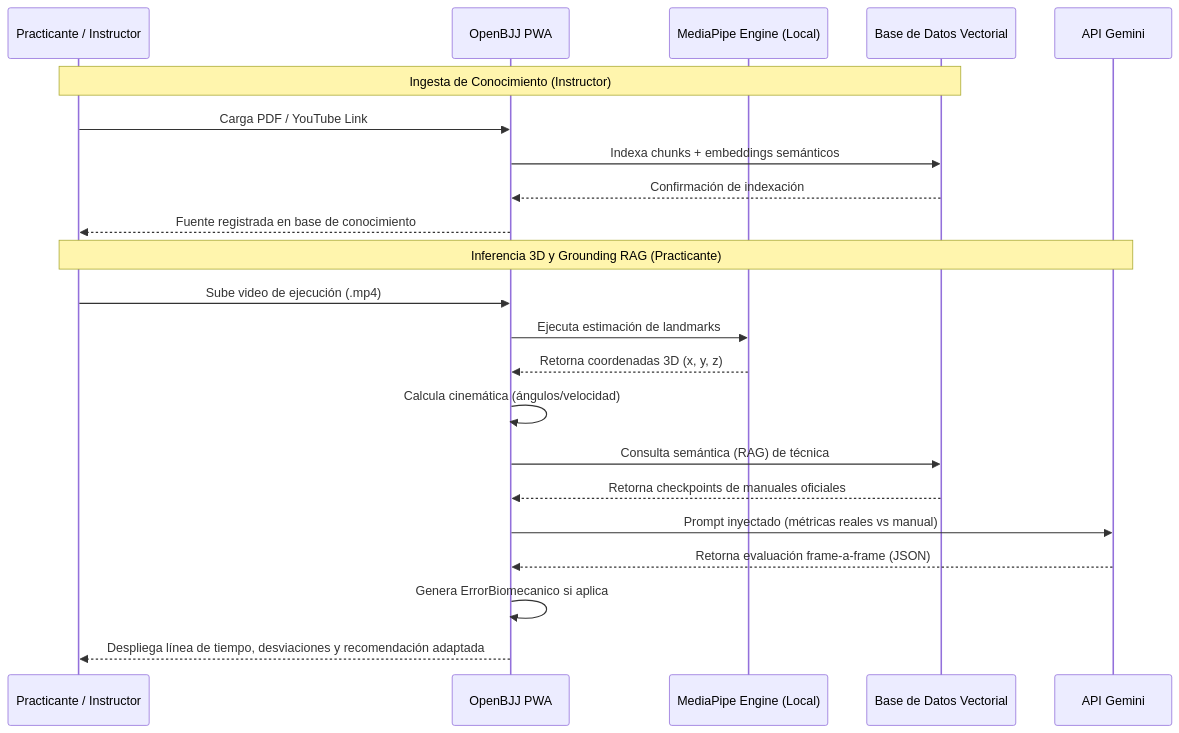
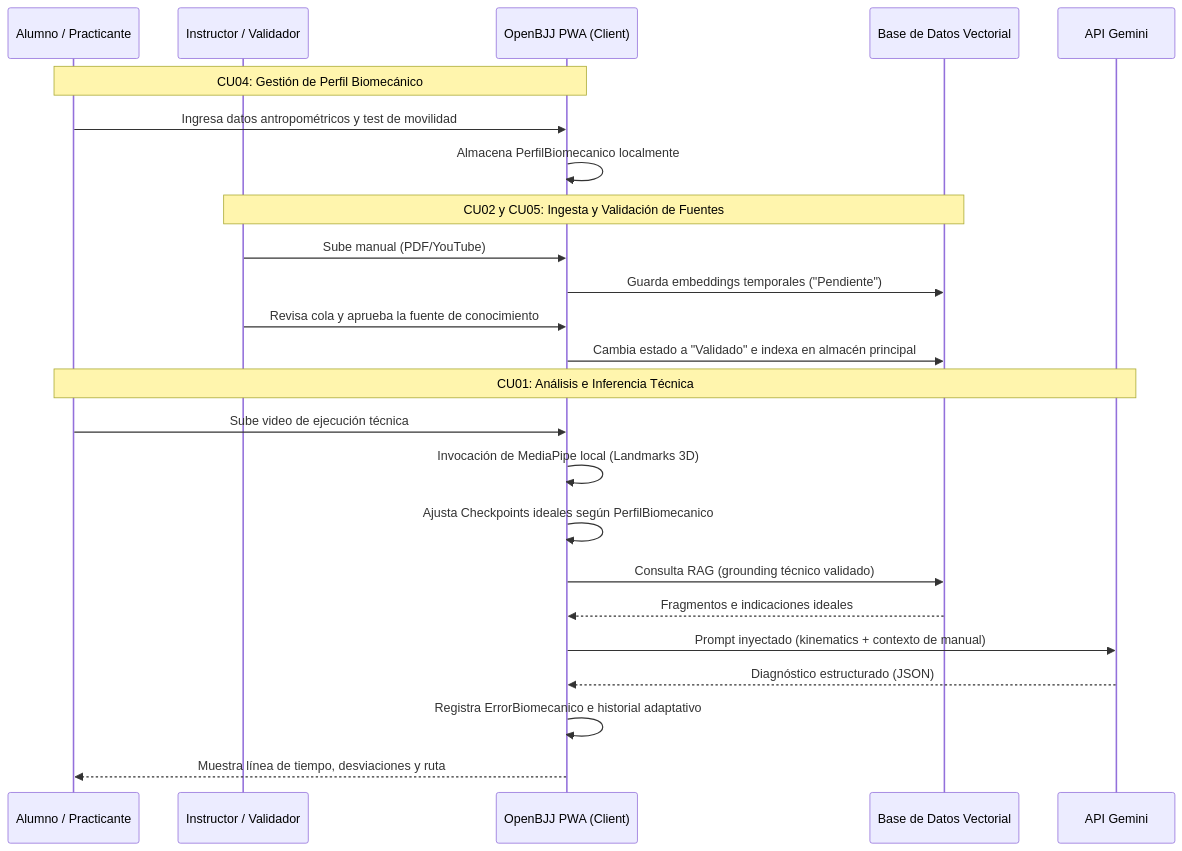
The second of 4 diagrams in README.md (Tsmrain/Documentacion), drawn with Mermaid before and after one commit. The commit also changed other lines of this file, not shown here.

Commit message:
docs: update project description to reflect 3D biomechanical analysis, RAG implementation, and structural table of contents changes

````diff
--- a/README.md
+++ b/README.md
@@ -561,26 +528,29 @@
 ```mermaid
 sequenceDiagram
-    participant Usuario as Practicante / Instructor
-    participant Sistema as OpenBJJ PWA
-    participant MediaPipe as MediaPipe Engine (Local)
+    participant Practicante as Alumno / Practicante
+    participant Instructor as Instructor / Validador
+    participant PWA as OpenBJJ PWA (Client)
     participant VectorDB as Base de Datos Vectorial
     participant LLM as API Gemini
 
-    Note over Usuario,VectorDB: Ingesta de Conocimiento (Instructor)
-    Usuario->>Sistema: Carga PDF / YouTube Link
-    Sistema->>VectorDB: Indexa chunks + embeddings semánticos
-    VectorDB-->>Sistema: Confirmación de indexación
-    Sistema-->>Usuario: Fuente registrada en base de conocimiento
+    Note over Practicante,PWA: CU04: Gestión de Perfil Biomecánico
+    Practicante->>PWA: Ingresa datos antropométricos y test de movilidad
+    PWA->>PWA: Almacena PerfilBiomecanico localmente
 
-    Note over Usuario,LLM: Inferencia 3D y Grounding RAG (Practicante)
-    Usuario->>Sistema: Sube video de ejecución (.mp4)
-    Sistema->>MediaPipe: Ejecuta estimación de landmarks
-    MediaPipe-->>Sistema: Retorna coordenadas 3D (x, y, z)
-    Sistema->>Sistema: Calcula cinemática (ángulos/velocidad)
-    Sistema->>VectorDB: Consulta semántica (RAG) de técnica
-    VectorDB-->>Sistema: Retorna checkpoints de manuales oficiales
-    Sistema->>LLM: Prompt inyectado (métricas reales vs manual)
-    LLM-->>Sistema: Retorna evaluación frame-a-frame (JSON)
-    Sistema->>Sistema: Genera ErrorBiomecanico si aplica
-    Sistema-->>Usuario: Despliega línea de tiempo, desviaciones y recomendación adaptada
+    Note over Instructor,VectorDB: CU02 y CU05: Ingesta y Validación de Fuentes
+    Instructor->>PWA: Sube manual (PDF/YouTube)
+    PWA->>VectorDB: Guarda embeddings temporales ("Pendiente")
+    Instructor->>PWA: Revisa cola y aprueba la fuente de conocimiento
+    PWA->>VectorDB: Cambia estado a "Validado" e indexa en almacén principal
+
+    Note over Practicante,LLM: CU01: Análisis e Inferencia Técnica
+    Practicante->>PWA: Sube video de ejecución técnica
+    PWA->>PWA: Invocación de MediaPipe local (Landmarks 3D)
+    PWA->>PWA: Ajusta Checkpoints ideales según PerfilBiomecanico
+    PWA->>VectorDB: Consulta RAG (grounding técnico validado)
+    VectorDB-->>PWA: Fragmentos e indicaciones ideales
+    PWA->>LLM: Prompt inyectado (kinematics + contexto de manual)
+    LLM-->>PWA: Diagnóstico estructurado (JSON)
+    PWA->>PWA: Registra ErrorBiomecanico e historial adaptativo
+    PWA-->>Practicante: Muestra línea de tiempo, desviaciones y ruta
 ```
````
